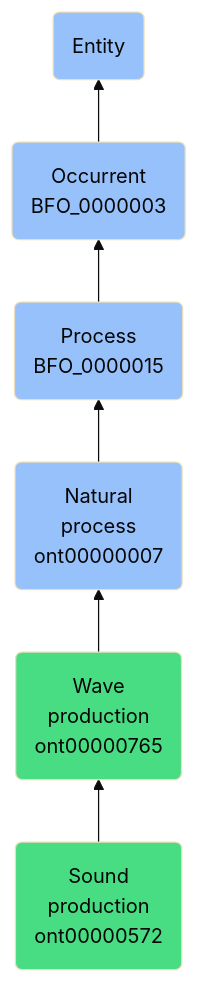
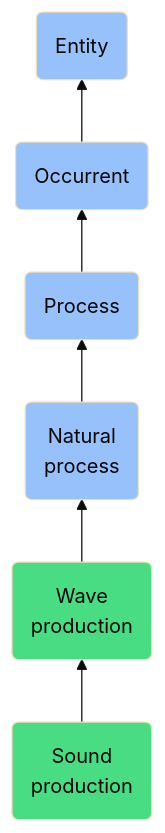
The diagram in docs/ontology/reference/model/Entity/Occurrent/Process/Natural process/Wave production/Sound production/Sound production.md (jupyter-naas/abi), drawn with Mermaid (base theme) before and after one commit. The commit also changed other lines of this file and 1430 other files, not shown here.

````diff
--- a/docs/ontology/reference/model/Entity/Occurrent/Process/Natural process/Wave production/Sound production/Sound production.md
+++ b/docs/ontology/reference/model/Entity/Occurrent/Process/Natural process/Wave production/Sound production/Sound production.md
@@ -24,13 +24,13 @@
 ```mermaid
 graph BT
-    ont00000572(Sound<br>production<br>ont00000572):::ABI-->ont00000765
-    ont00000765(Wave<br>production<br>ont00000765):::ABI-->ont00000007
-    ont00000007(Natural<br>process<br>ont00000007):::BFO-->BFO_0000015
-    BFO_0000015(Process<br>BFO_0000015):::BFO-->BFO_0000003
-    BFO_0000003(Occurrent<br>BFO_0000003):::BFO-->BFO_0000001
+    ont00000572(Sound<br>production):::ABI-->ont00000765
+    ont00000765(Wave<br>production):::ABI-->ont00000007
+    ont00000007(Natural<br>process):::BFO-->BFO_0000015
+    BFO_0000015(Process):::BFO-->BFO_0000003
+    BFO_0000003(Occurrent):::BFO-->BFO_0000001
     BFO_0000001(Entity):::BFO
     
     classDef BFO fill:#97c1fb,color:#060606
     classDef CCO fill:#e4c51e,color:#060606
     classDef ABI fill:#48DD82,color:#060606
 ```
````
